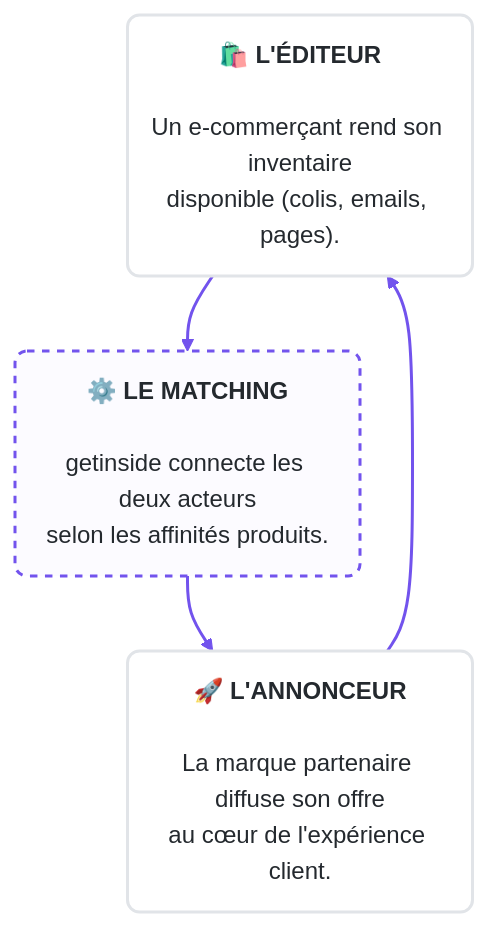
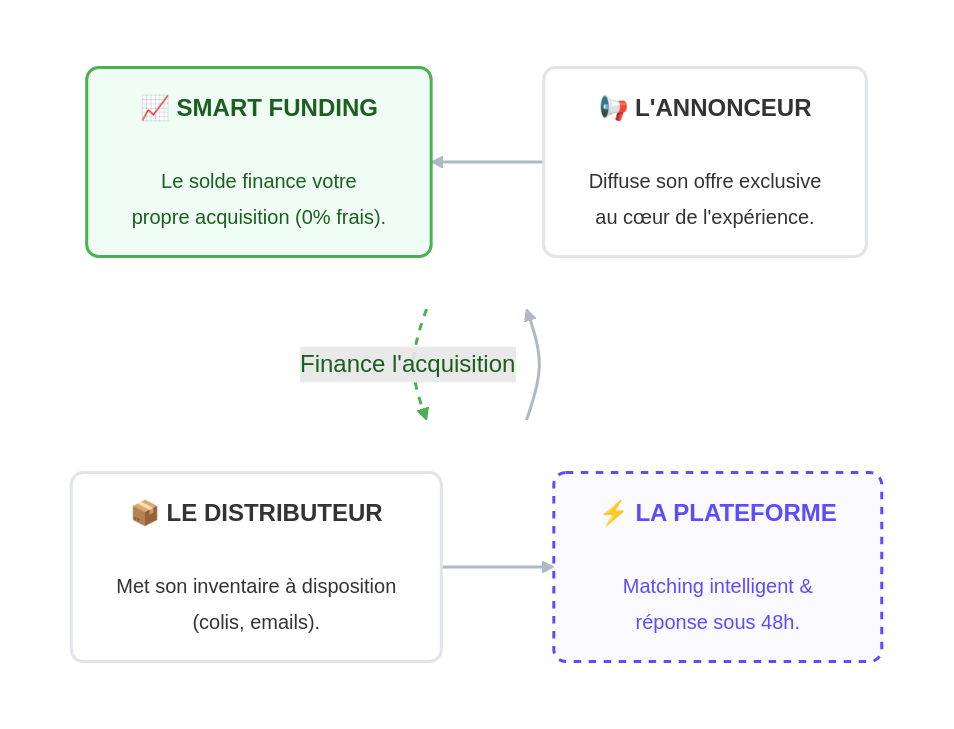
One commit to getinside-ops/handbook changed the diagram in docs/fr/start-here/why-it-works.md. Above: the diagram before and after it, drawn with Mermaid. The commit also changed other lines of this file, not shown here.

Commit message:
update content

```diff
--- a/docs/fr/start-here/why-it-works.md
+++ b/docs/fr/start-here/why-it-works.md
@@ -17,21 +16,41 @@
 <div class="mermaid">
 flowchart TD
-    %% Définition des nœuds
-    A("<b>🛍️ L'ÉDITEUR</b><br/><br/>Un e-commerçant rend son inventaire<br/>disponible (colis, emails, pages).")
-    B("<b>⚙️ LE MATCHING</b><br/><br/>getinside connecte les deux acteurs<br/>selon les affinités produits.")
-    C("<b>🚀 L'ANNONCEUR</b><br/><br/>La marque partenaire diffuse son offre<br/>au cœur de l'expérience client.")
+    %% --- STYLES ---
+    classDef defaultCard fill:#ffffff,stroke:#e1e4e8,stroke-width:2px,color:#333,rx:8,ry:8;
+    classDef techCard fill:#fbfaff,stroke:#5B4DFF,stroke-width:2px,stroke-dasharray: 5 5,color:#5B4DFF,rx:8,ry:8;
+    classDef growthCard fill:#f0fdf4,stroke:#4CAF50,stroke-width:2px,color:#1b5e20,rx:8,ry:8;
 
-    %% Connexions
-    A --> B
-    B --> C
-    C --> A
+    %% --- CONTENU ---
+    Node_Distri["📦 <b>LE DISTRIBUTEUR</b><br/><br/><small>Met son inventaire à disposition<br/>(colis, emails).</small>"]
+    Node_Plat["⚡ <b>LA PLATEFORME</b><br/><br/><small>Matching intelligent &<br/>réponse sous 48h.</small>"]
+    Node_Adv["📢 <b>L'ANNONCEUR</b><br/><br/><small>Diffuse son offre exclusive<br/>au cœur de l'expérience.</small>"]
+    Node_Fund["📈 <b>SMART FUNDING</b><br/><br/><small>Le solde finance votre<br/>propre acquisition (0% frais).</small>"]
 
-    %% Styles
-    classDef default fill:#fff,stroke:#e1e4e8,stroke-width:2px,rx:8,ry:8,color:#24292e;
-    classDef matchingNode fill:#fcfbff,stroke:#7253ed,stroke-width:2px,stroke-dasharray: 5 5,rx:8,ry:8,color:#24292e;
+    %% --- STRUCTURE ---
+    subgraph Row1 [ ]
+        direction LR
+        Node_Distri --> Node_Plat
+    end
 
-    class A,C default;
-    class B matchingNode;
+    subgraph Row2 [ ]
+        direction RL
+        Node_Adv --> Node_Fund
+    end
 
-    linkStyle 0,1,2 stroke:#7253ed,stroke-width:2px,fill:none;
+    Node_Plat --> Node_Adv
+    
+    %% --- LIEN DE RETOUR ---
+    Node_Fund -->|Finance l'acquisition| Node_Distri
+
+    %% --- STYLES ---
+    class Node_Distri,Node_Adv defaultCard;
+    class Node_Plat techCard;
+    class Node_Fund growthCard;
+    
+    linkStyle 0,1,2 stroke:#b0b8c3,stroke-width:2px,fill:none;
+    linkStyle 3 stroke:#4CAF50,stroke-width:2px,stroke-dasharray: 5 5,color:#1b5e20,fill:none;
+
+    %% --- SUPPRESSION BORDURES ---
+    style Row1 fill:#ffffff,stroke:none
+    style Row2 fill:#ffffff,stroke:none
 </div>
```
